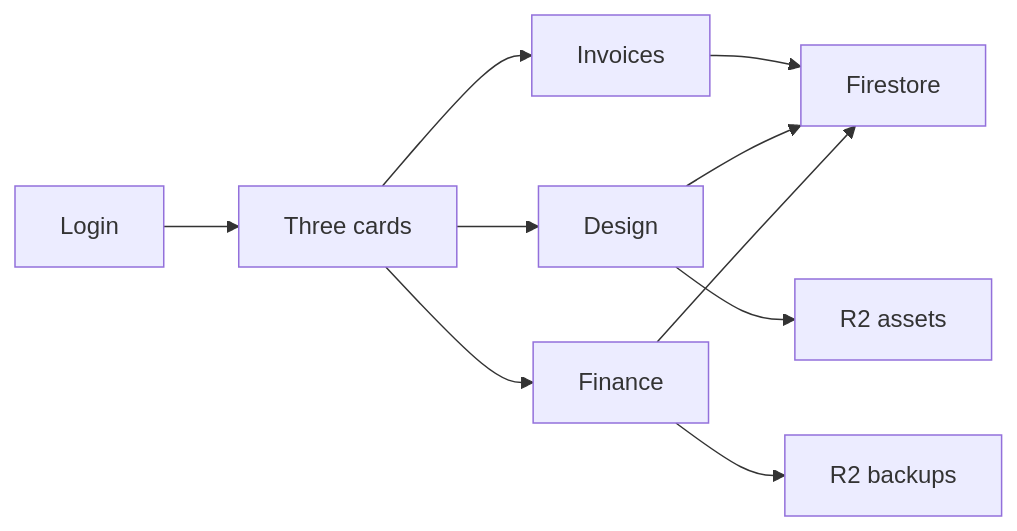
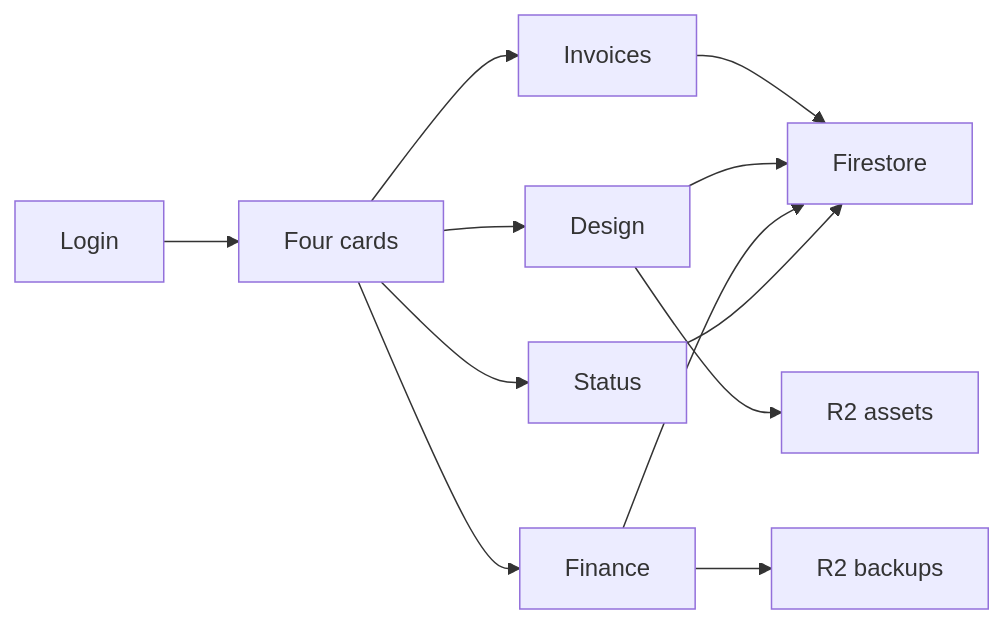
One commit to Jovo-Jovi/balance-bites-ops changed the diagram in README.md. Above: the diagram before and after it, drawn with Mermaid. The commit also changed other lines of this file and 31 other files, not shown here.

````diff
--- a/README.md
+++ b/README.md
@@ -89,12 +90,14 @@
 ```mermaid
 flowchart LR
-  Login --> Cards[Three cards]
+  Login --> Cards[Four cards]
   Cards --> Invoices
   Cards --> Design
   Cards --> Finance
+  Cards --> Status
   Invoices --> Firestore
   Design --> Firestore
   Finance --> Firestore
+  Status --> Firestore
   Design --> Assets[R2 assets]
   Finance --> Backups[R2 backups]
 ```
````
